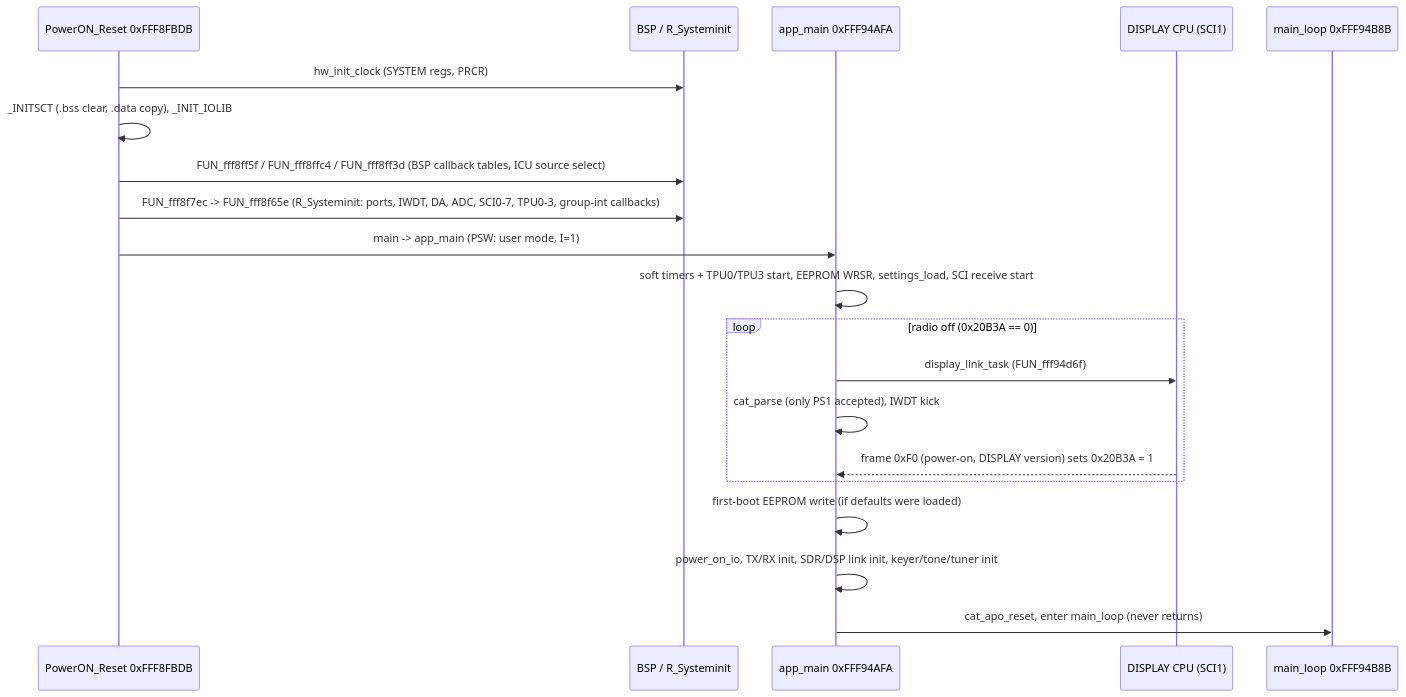
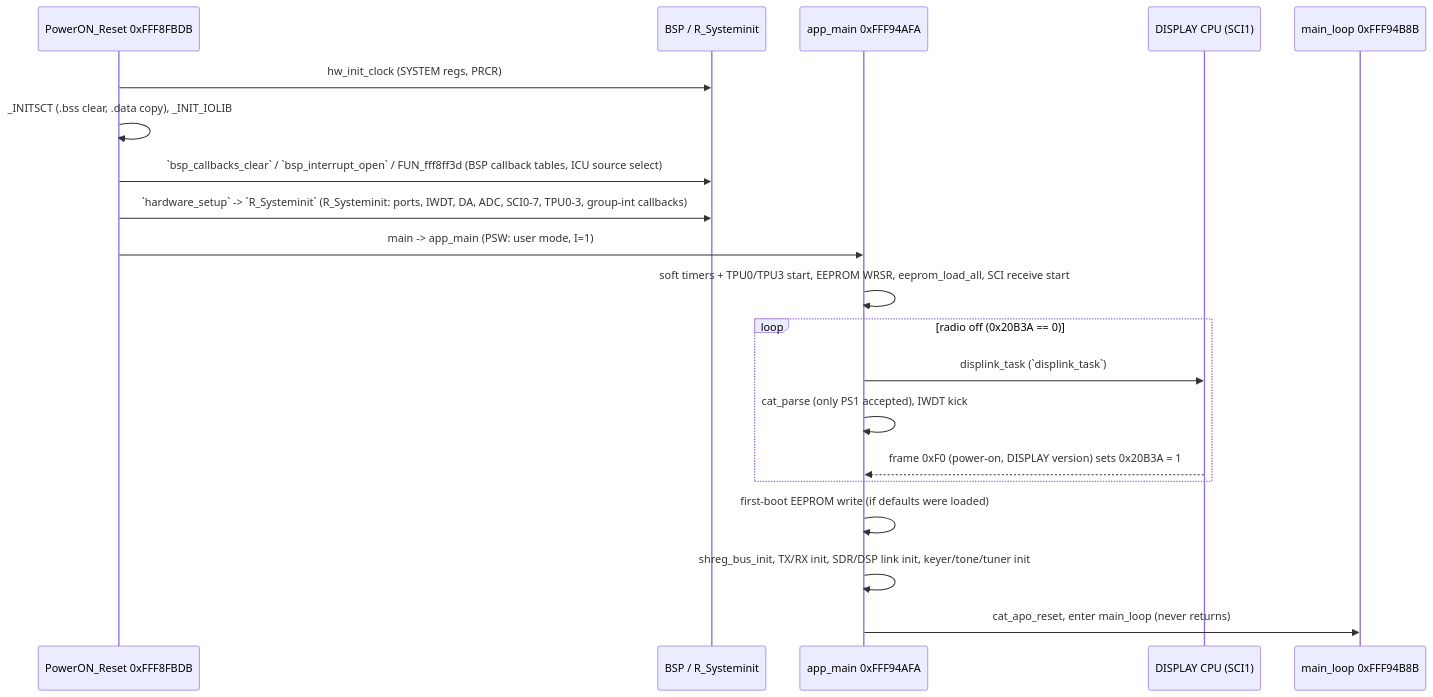
One commit to Reid-n0rc/FT-710_Firmware changed the second of 4 diagrams in docs/code/main/README.md. Above: the diagram before and after it, drawn with Mermaid. The commit also changed other lines of this file and 29 other files, not shown here.

````diff
--- a/docs/code/main/README.md
+++ b/docs/code/main/README.md
@@ -63,22 +62,22 @@
 ```mermaid
 sequenceDiagram
   participant R as PowerON_Reset 0xFFF8FBDB
   participant B as BSP / R_Systeminit
   participant A as app_main 0xFFF94AFA
   participant D as DISPLAY CPU (SCI1)
   participant M as main_loop 0xFFF94B8B
   R->>B: hw_init_clock (SYSTEM regs, PRCR)
   R->>R: _INITSCT (.bss clear, .data copy), _INIT_IOLIB
-  R->>B: FUN_fff8ff5f / FUN_fff8ffc4 / FUN_fff8ff3d (BSP callback tables, ICU source select)
-  R->>B: FUN_fff8f7ec -> FUN_fff8f65e (R_Systeminit: ports, IWDT, DA, ADC, SCI0-7, TPU0-3, group-int callbacks)
+  R->>B: `bsp_callbacks_clear` / `bsp_interrupt_open` / FUN_fff8ff3d (BSP callback tables, ICU source select)
+  R->>B: `hardware_setup` -> `R_Systeminit` (R_Systeminit: ports, IWDT, DA, ADC, SCI0-7, TPU0-3, group-int callbacks)
   R->>A: main -> app_main (PSW: user mode, I=1)
-  A->>A: soft timers + TPU0/TPU3 start, EEPROM WRSR, settings_load, SCI receive start
+  A->>A: soft timers + TPU0/TPU3 start, EEPROM WRSR, eeprom_load_all, SCI receive start
   loop radio off (0x20B3A == 0)
-    A->>D: display_link_task (FUN_fff94d6f)
+    A->>D: displink_task (`displink_task`)
     A->>A: cat_parse (only PS1 accepted), IWDT kick
     D-->>A: frame 0xF0 (power-on, DISPLAY version) sets 0x20B3A = 1
   end
   A->>A: first-boot EEPROM write (if defaults were loaded)
-  A->>A: power_on_io, TX/RX init, SDR/DSP link init, keyer/tone/tuner init
+  A->>A: shreg_bus_init, TX/RX init, SDR/DSP link init, keyer/tone/tuner init
   A->>M: cat_apo_reset, enter main_loop (never returns)
 ```
````
